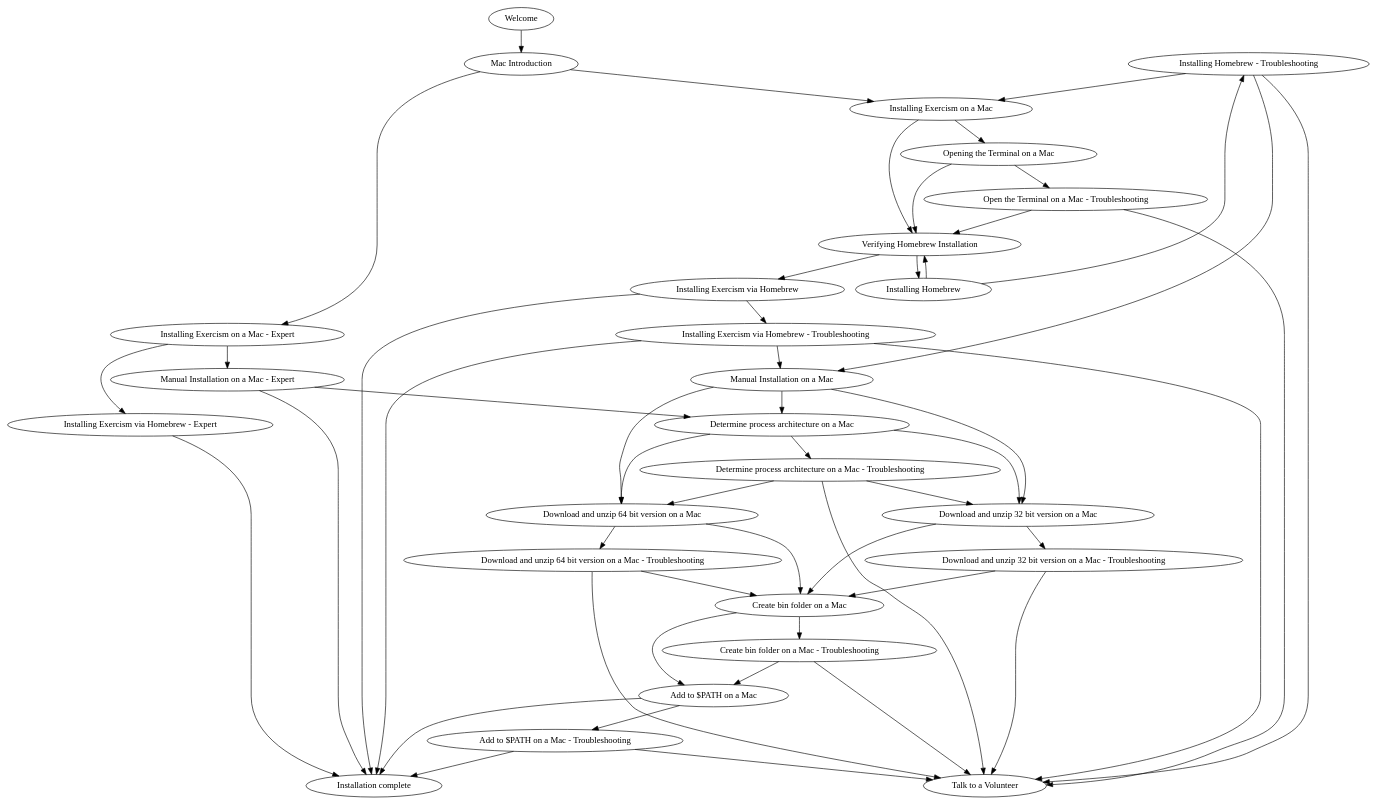
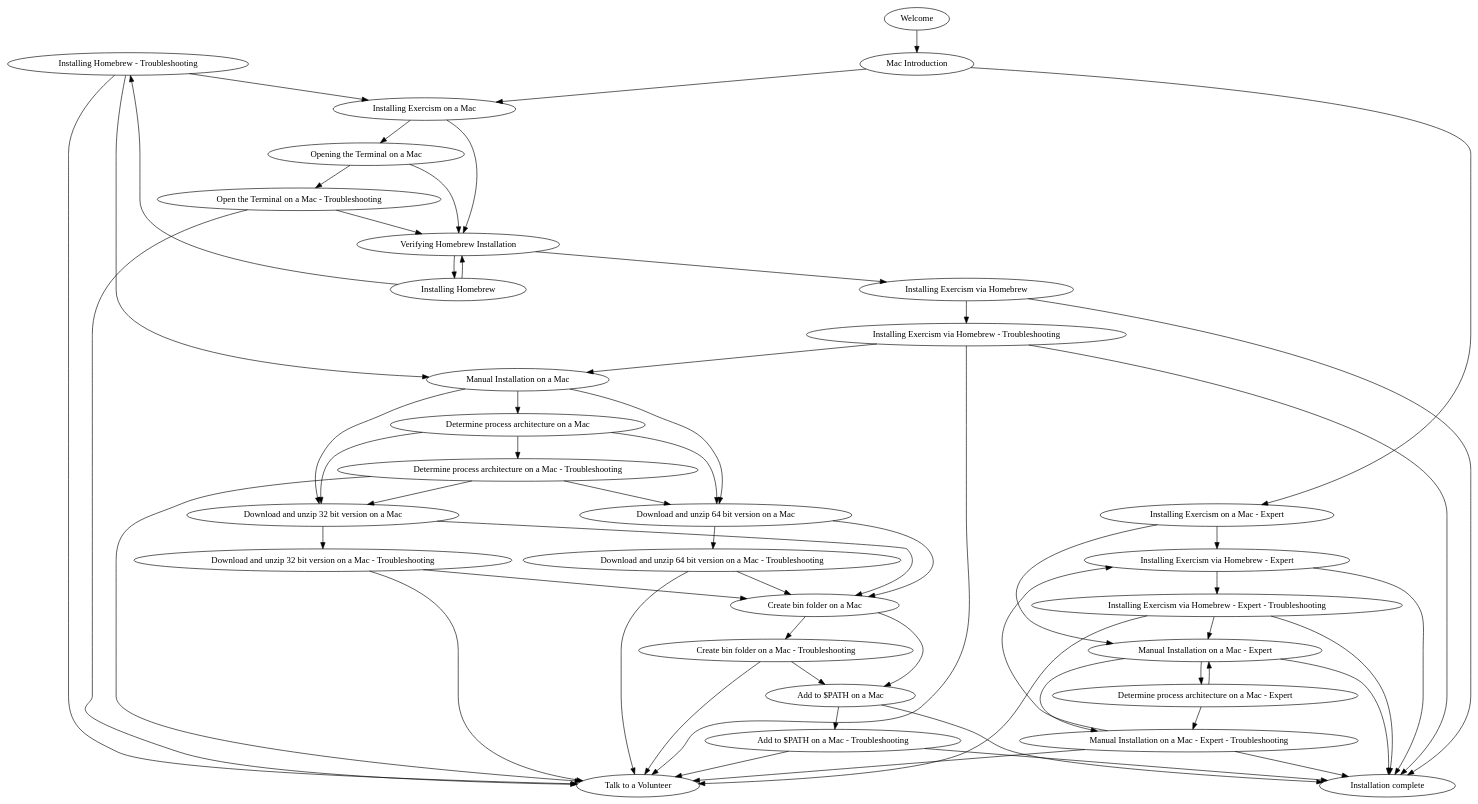
The diagram in graph.dot (exercism/interactive-cli-walkthrough), drawn with Graphviz before and after one commit. The commit also changed 9 other files, not shown here.

Commit message:
Improve Mac expert flow with troubleshooting and determine architecture

```diff
--- a/graph.dot
+++ b/graph.dot
@@ -1,54 +1,64 @@
 digraph 
   {
     "Download and unzip 32 bit version on a Mac - Troubleshooting" -> "Create bin folder on a Mac";
     "Download and unzip 32 bit version on a Mac - Troubleshooting" -> "Talk to a Volunteer";
     "Installing Exercism on a Mac" -> "Verifying Homebrew Installation";
     "Installing Exercism on a Mac" -> "Opening the Terminal on a Mac";
     "Installing Homebrew" -> "Verifying Homebrew Installation";
     "Installing Homebrew" -> "Installing Homebrew - Troubleshooting";
     "Create bin folder on a Mac" -> "Add to $PATH on a Mac";
     "Create bin folder on a Mac" -> "Create bin folder on a Mac - Troubleshooting";
     "Open the Terminal on a Mac - Troubleshooting" -> "Verifying Homebrew Installation";
     "Open the Terminal on a Mac - Troubleshooting" -> "Talk to a Volunteer";
     "Verifying Homebrew Installation" -> "Installing Exercism via Homebrew";
     "Verifying Homebrew Installation" -> "Installing Homebrew";
     "Download and unzip 32 bit version on a Mac" -> "Create bin folder on a Mac";
     "Download and unzip 32 bit version on a Mac" -> "Download and unzip 32 bit version on a Mac - Troubleshooting";
     "Add to $PATH on a Mac - Troubleshooting" -> "Installation complete";
     "Add to $PATH on a Mac - Troubleshooting" -> "Talk to a Volunteer";
     "Installing Exercism via Homebrew - Troubleshooting" -> "Installation complete";
     "Installing Exercism via Homebrew - Troubleshooting" -> "Talk to a Volunteer";
     "Installing Exercism via Homebrew - Troubleshooting" -> "Manual Installation on a Mac";
     "Determine process architecture on a Mac" -> "Download and unzip 32 bit version on a Mac";
     "Determine process architecture on a Mac" -> "Download and unzip 64 bit version on a Mac";
     "Determine process architecture on a Mac" -> "Determine process architecture on a Mac - Troubleshooting";
     "Create bin folder on a Mac - Troubleshooting" -> "Add to $PATH on a Mac";
     "Create bin folder on a Mac - Troubleshooting" -> "Talk to a Volunteer";
     "Opening the Terminal on a Mac" -> "Verifying Homebrew Installation";
     "Opening the Terminal on a Mac" -> "Open the Terminal on a Mac - Troubleshooting";
     "Download and unzip 64 bit version on a Mac" -> "Create bin folder on a Mac";
     "Download and unzip 64 bit version on a Mac" -> "Download and unzip 64 bit version on a Mac - Troubleshooting";
     "Installing Homebrew - Troubleshooting" -> "Installing Exercism on a Mac";
     "Installing Homebrew - Troubleshooting" -> "Talk to a Volunteer";
     "Installing Homebrew - Troubleshooting" -> "Manual Installation on a Mac";
     "Installing Exercism via Homebrew" -> "Installation complete";
     "Installing Exercism via Homebrew" -> "Installing Exercism via Homebrew - Troubleshooting";
     "Determine process architecture on a Mac - Troubleshooting" -> "Download and unzip 32 bit version on a Mac";
     "Determine process architecture on a Mac - Troubleshooting" -> "Download and unzip 64 bit version on a Mac";
     "Determine process architecture on a Mac - Troubleshooting" -> "Talk to a Volunteer";
     "Mac Introduction" -> "Installing Exercism on a Mac - Expert";
     "Mac Introduction" -> "Installing Exercism on a Mac";
     "Add to $PATH on a Mac" -> "Installation complete";
     "Add to $PATH on a Mac" -> "Add to $PATH on a Mac - Troubleshooting";
     "Manual Installation on a Mac" -> "Download and unzip 32 bit version on a Mac";
     "Manual Installation on a Mac" -> "Download and unzip 64 bit version on a Mac";
     "Manual Installation on a Mac" -> "Determine process architecture on a Mac";
     "Installing Exercism on a Mac - Expert" -> "Installing Exercism via Homebrew - Expert";
     "Installing Exercism on a Mac - Expert" -> "Manual Installation on a Mac - Expert";
+    "Installing Exercism via Homebrew - Expert - Troubleshooting" -> "Installation complete";
+    "Installing Exercism via Homebrew - Expert - Troubleshooting" -> "Talk to a Volunteer";
+    "Installing Exercism via Homebrew - Expert - Troubleshooting" -> "Manual Installation on a Mac - Expert";
+    "Determine process architecture on a Mac - Expert" -> "Manual Installation on a Mac - Expert";
+    "Determine process architecture on a Mac - Expert" -> "Manual Installation on a Mac - Expert - Troubleshooting";
+    "Manual Installation on a Mac - Expert - Troubleshooting" -> "Installation complete";
+    "Manual Installation on a Mac - Expert - Troubleshooting" -> "Talk to a Volunteer";
+    "Manual Installation on a Mac - Expert - Troubleshooting" -> "Installing Exercism via Homebrew - Expert";
     "Installing Exercism via Homebrew - Expert" -> "Installation complete";
+    "Installing Exercism via Homebrew - Expert" -> "Installing Exercism via Homebrew - Expert - Troubleshooting";
     "Manual Installation on a Mac - Expert" -> "Installation complete";
-    "Manual Installation on a Mac - Expert" -> "Determine process architecture on a Mac";
+    "Manual Installation on a Mac - Expert" -> "Manual Installation on a Mac - Expert - Troubleshooting";
+    "Manual Installation on a Mac - Expert" -> "Determine process architecture on a Mac - Expert";
     "Download and unzip 64 bit version on a Mac - Troubleshooting" -> "Create bin folder on a Mac";
     "Download and unzip 64 bit version on a Mac - Troubleshooting" -> "Talk to a Volunteer";
     "Welcome" -> "Mac Introduction";
   }
```
